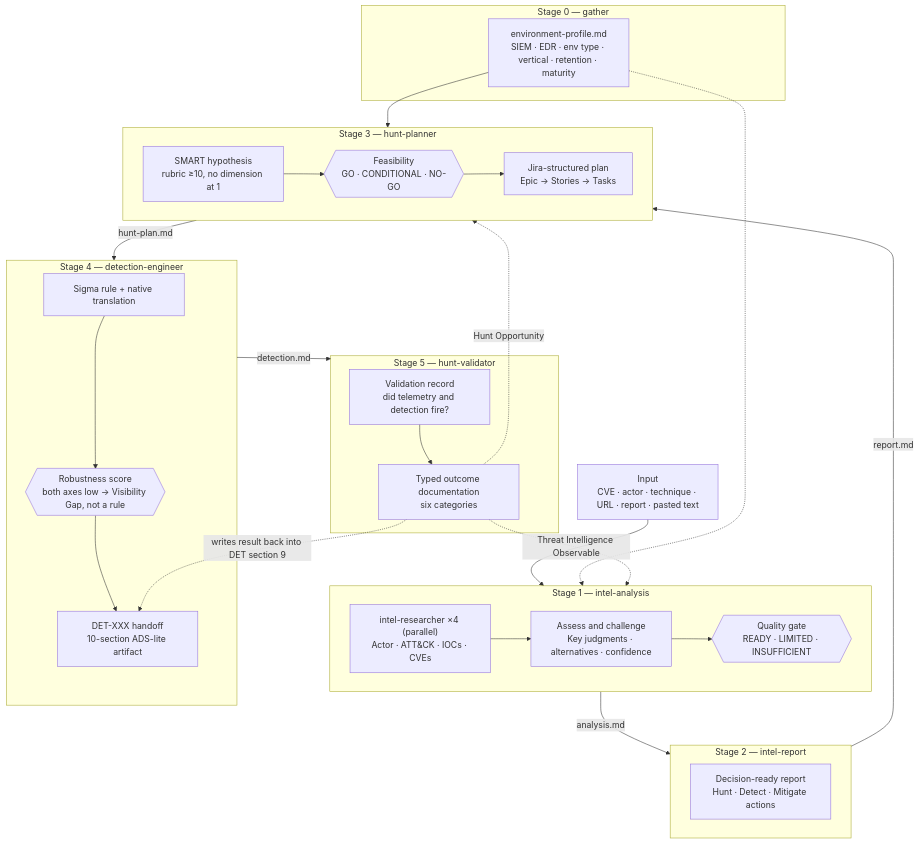
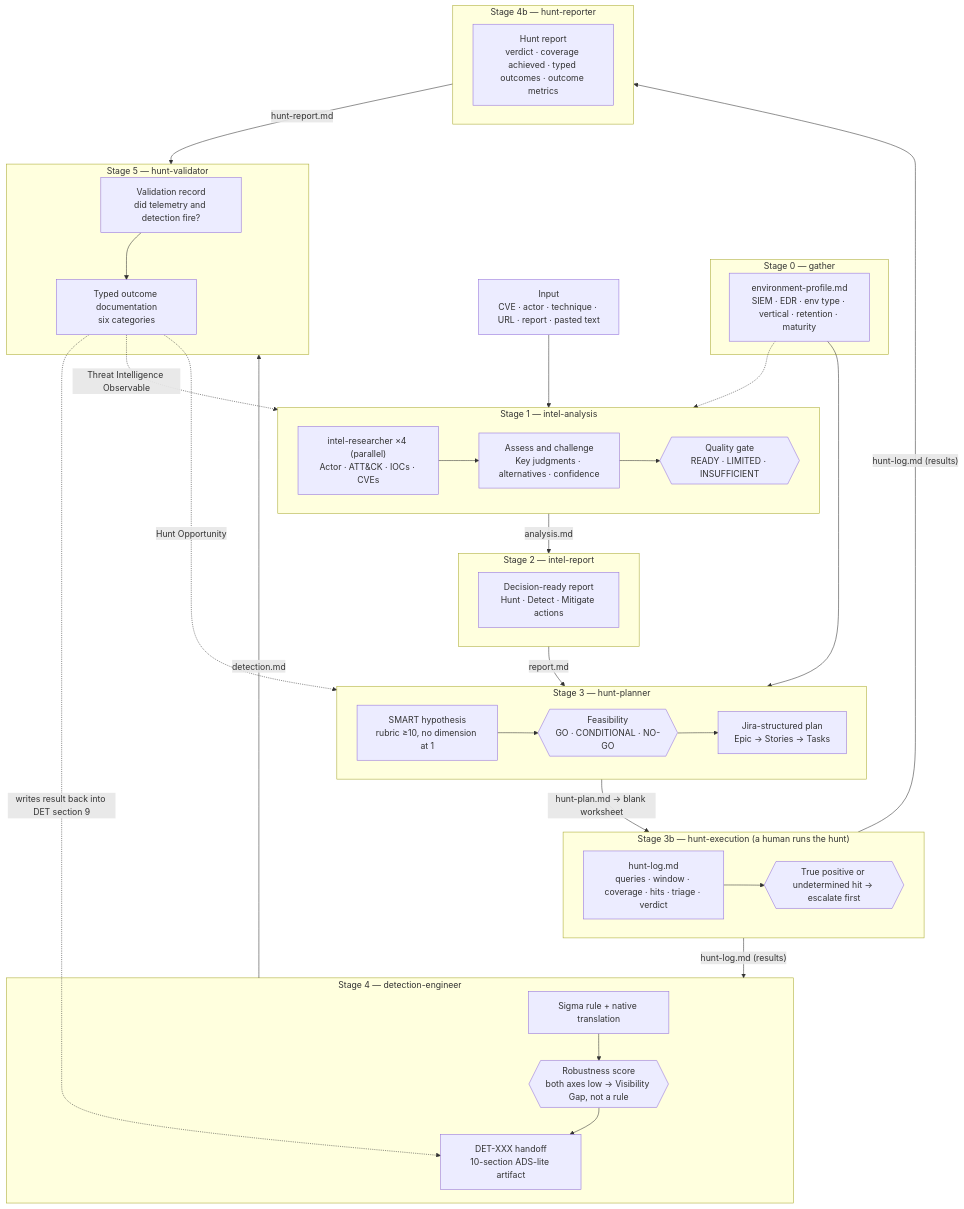
One commit to sims718718/agentic-threat-intel-framework changed the diagram in README.md. Above: the diagram before and after it, drawn with Mermaid. The commit also changed other lines of this file and 1 other file, not shown here.

First line of the commit message:
Document the two-command flow, hunt log, and hunt report

````diff
--- a/README.md
+++ b/README.md
@@ -44,50 +46,63 @@
 ```mermaid
 flowchart TD
     IN["Input<br/>CVE · actor · technique · URL · report · pasted text"]
 
     subgraph S0["Stage 0 — gather"]
         ENV["environment-profile.md<br/>SIEM · EDR · env type · vertical · retention · maturity"]
     end
 
     subgraph S1["Stage 1 — intel-analysis"]
         R1["intel-researcher ×4 (parallel)<br/>Actor · ATT&CK · IOCs · CVEs"]
         A["Assess and challenge<br/>Key judgments · alternatives · confidence"]
         QG1{{"Quality gate<br/>READY · LIMITED · INSUFFICIENT"}}
         R1 --> A --> QG1
     end
 
     subgraph S2["Stage 2 — intel-report"]
         REP["Decision-ready report<br/>Hunt · Detect · Mitigate actions"]
     end
 
     subgraph S3["Stage 3 — hunt-planner"]
         HYP["SMART hypothesis<br/>rubric ≥10, no dimension at 1"]
         FEAS{{"Feasibility<br/>GO · CONDITIONAL · NO-GO"}}
         JIRA["Jira-structured plan<br/>Epic → Stories → Tasks"]
         HYP --> FEAS --> JIRA
     end
 
     subgraph S4["Stage 4 — detection-engineer"]
         SIG["Sigma rule + native translation"]
         ROB{{"Robustness score<br/>both axes low → Visibility Gap, not a rule"}}
         ADS["DET-XXX handoff<br/>10-section ADS-lite artifact"]
         SIG --> ROB --> ADS
     end
 
     subgraph S5["Stage 5 — hunt-validator"]
         VAL["Validation record<br/>did telemetry and detection fire?"]
         OUT["Typed outcome documentation<br/>six categories"]
         VAL --> OUT
     end
 
+    subgraph SX["Stage 3b — hunt-execution (a human runs the hunt)"]
+        LOG["hunt-log.md<br/>queries · window · coverage · hits · triage · verdict"]
+        SUSP{{"True positive or undetermined hit → escalate first"}}
+        LOG --> SUSP
+    end
+
+    subgraph S4B["Stage 4b — hunt-reporter"]
+        HREP["Hunt report<br/>verdict · coverage achieved · typed outcomes · outcome metrics"]
+    end
+
     IN --> S1
     ENV -.-> S1
     ENV --> S3
     S1 -->|"analysis.md"| S2
     S2 -->|"report.md"| S3
-    S3 -->|"hunt-plan.md"| S4
+    S3 -->|"hunt-plan.md → blank worksheet"| SX
+    SX -->|"hunt-log.md (results)"| S4
+    SX -->|"hunt-log.md (results)"| S4B
     S4 -->|"detection.md"| S5
+    S4B -->|"hunt-report.md"| S5
     OUT -.->|"Threat Intelligence Observable"| S1
     OUT -.->|"Hunt Opportunity"| S3
     OUT -.->|"writes result back into DET section 9"| ADS
 ```
````
